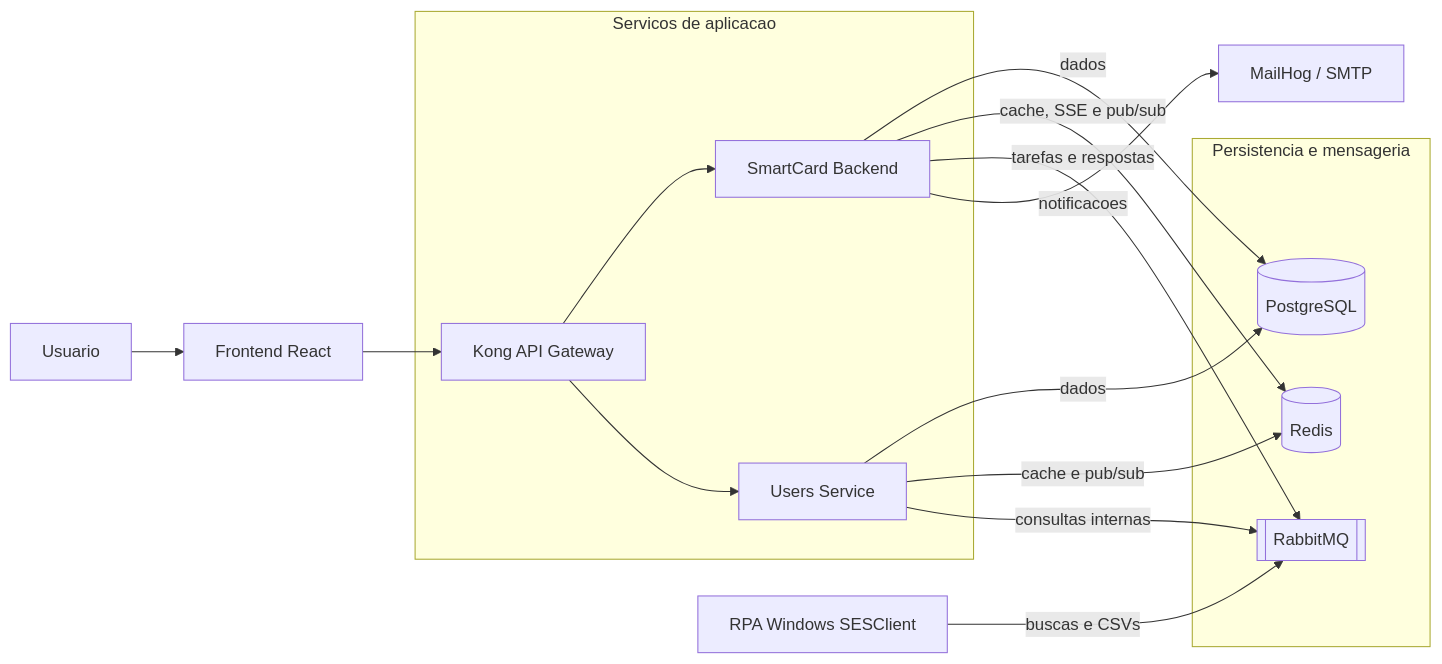
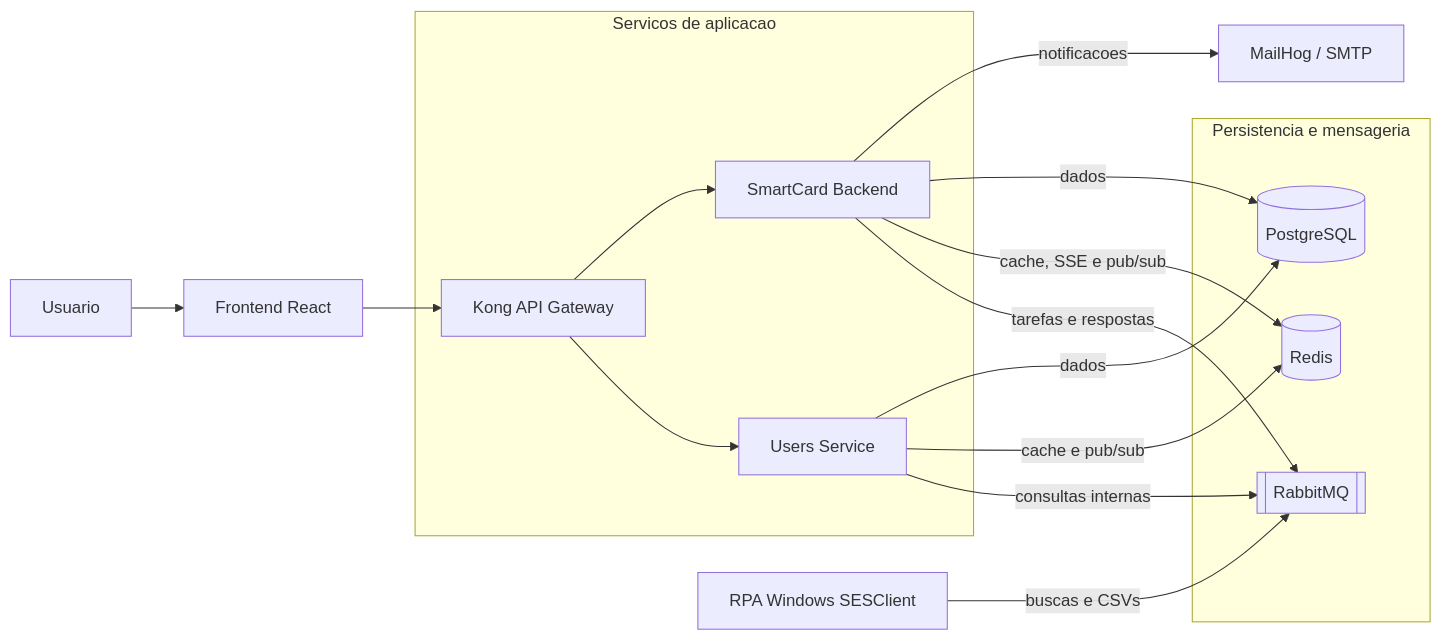
One commit to AnaScassa/Projeto-LabAcess changed the diagram in README.md. Above: the diagram before and after it, drawn with Mermaid. The commit also changed other lines of this file, not shown here.

````diff
--- a/README.md
+++ b/README.md
@@ -7,25 +7,25 @@
 ```mermaid
 flowchart LR
 	U[Usuario] --> F[Frontend React]
 	F --> K[Kong API Gateway]
 
 	subgraph Servicos[Servicos de aplicacao]
 		K --> S[SmartCard Backend]
 		K --> US[Users Service]
 	end
 
 	subgraph Persistencia[Persistencia e mensageria]
 		DB[(PostgreSQL)]
 		R[(Redis)]
 		Q[[RabbitMQ]]
 	end
 
+	S -->|notificacoes| M[MailHog / SMTP]
 	S -->|dados| DB
 	US -->|dados| DB
 	S -->|cache, SSE e pub/sub| R
 	US -->|cache e pub/sub| R
 	S -->|tarefas e respostas| Q
 	US -->|consultas internas| Q
 	RPA[RPA Windows SESClient] -->|buscas e CSVs| Q
-	S -->|notificacoes| M[MailHog / SMTP]
 ```
````
